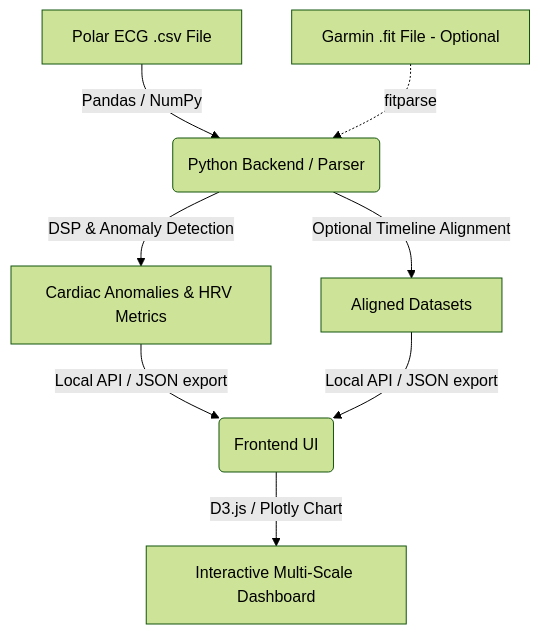
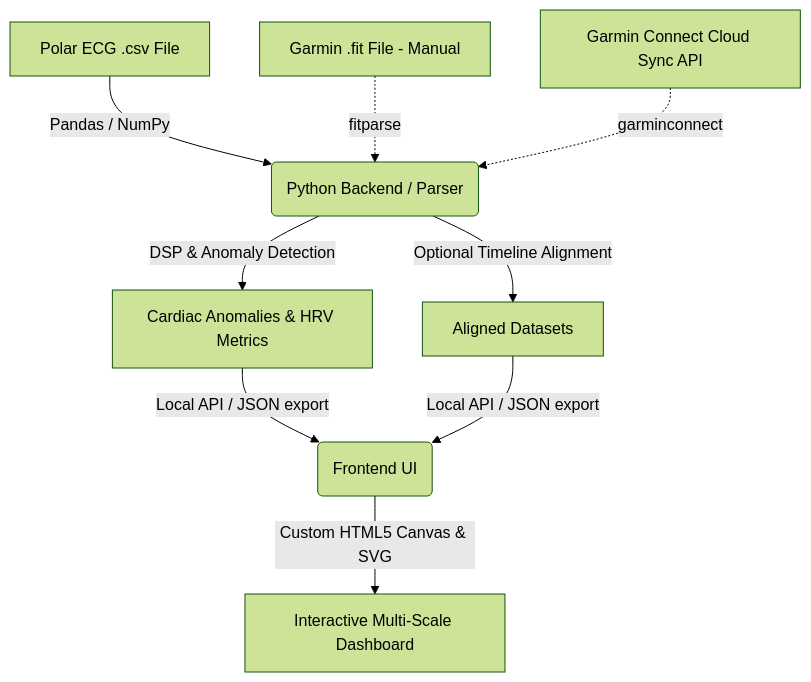
Before and after one commit to enanale/hr-analyze: the diagram in TDD.md, drawn with Mermaid (forest theme). The commit also changed other lines of this file and 1 other file, not shown here.

````diff
--- a/TDD.md
+++ b/TDD.md
@@ -9,10 +9,11 @@
 ```mermaid
 graph TD
     C[Polar ECG .csv File] -->|Pandas / NumPy| B(Python Backend / Parser)
-    A[Garmin .fit File - Optional] -.->|fitparse| B
+    A[Garmin .fit File - Manual] -.->|fitparse| B
+    H[Garmin Connect Cloud Sync API] -.->|garminconnect| B
     B -->|DSP & Anomaly Detection| E[Cardiac Anomalies & HRV Metrics]
     B -->|Optional Timeline Alignment| D[Aligned Datasets]
     E -->|Local API / JSON export| F(Frontend UI)
     D -->|Local API / JSON export| F
-    F -->|D3.js / Plotly Chart| G[Interactive Multi-Scale Dashboard]
+    F -->|Custom HTML5 Canvas & SVG| G[Interactive Multi-Scale Dashboard]
 ```
````
